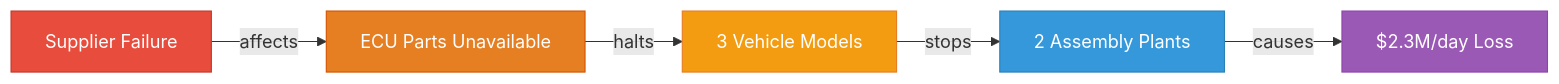
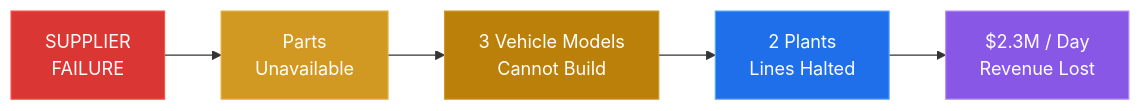
The first of 13 diagrams in README.md (santhoshkrishnan-M/SCM-connector), drawn with Mermaid before and after one commit. The commit also changed other lines of this file, not shown here.

````diff
--- a/README.md
+++ b/README.md
@@ -70,13 +74,13 @@
 ```mermaid
 graph LR
-    A["Supplier Failure"] -->|affects| B["ECU Parts Unavailable"]
-    B -->|halts| C["3 Vehicle Models"]
-    C -->|stops| D["2 Assembly Plants"]
-    D -->|causes| E["$2.3M/day Loss"]
+    A["SUPPLIER<br/>FAILURE"]:::red --> B["Parts<br/>Unavailable"]:::orange
+    B --> C["3 Vehicle Models<br/>Cannot Build"]:::yellow
+    C --> D["2 Plants<br/>Lines Halted"]:::blue
+    D --> E["$2.3M / Day<br/>Revenue Lost"]:::purple
 
-    style A fill:#e74c3c,stroke:#c0392b,color:#fff
-    style B fill:#e67e22,stroke:#d35400,color:#fff
-    style C fill:#f39c12,stroke:#e67e22,color:#fff
-    style D fill:#3498db,stroke:#2980b9,color:#fff
-    style E fill:#9b59b6,stroke:#8e44ad,color:#fff
+    classDef red fill:#da3633,stroke:#f85149,color:#fff
+    classDef orange fill:#d29922,stroke:#e3b341,color:#fff
+    classDef yellow fill:#bb8009,stroke:#d29922,color:#fff
+    classDef blue fill:#1f6feb,stroke:#58a6ff,color:#fff
+    classDef purple fill:#8957e5,stroke:#bc8cff,color:#fff
 ```
````
